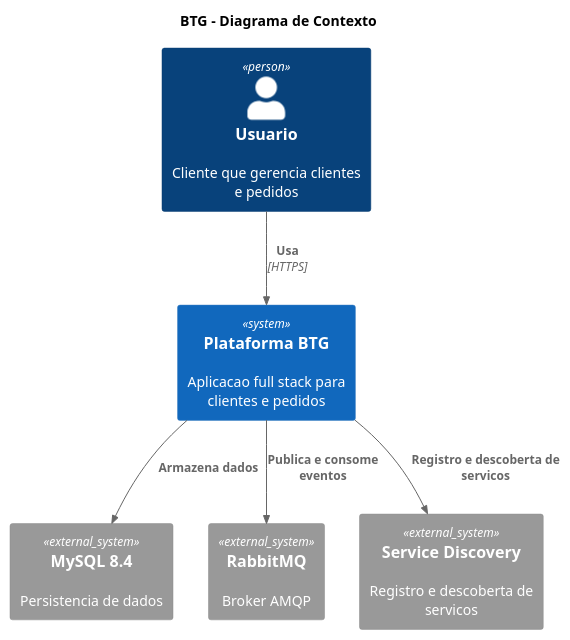
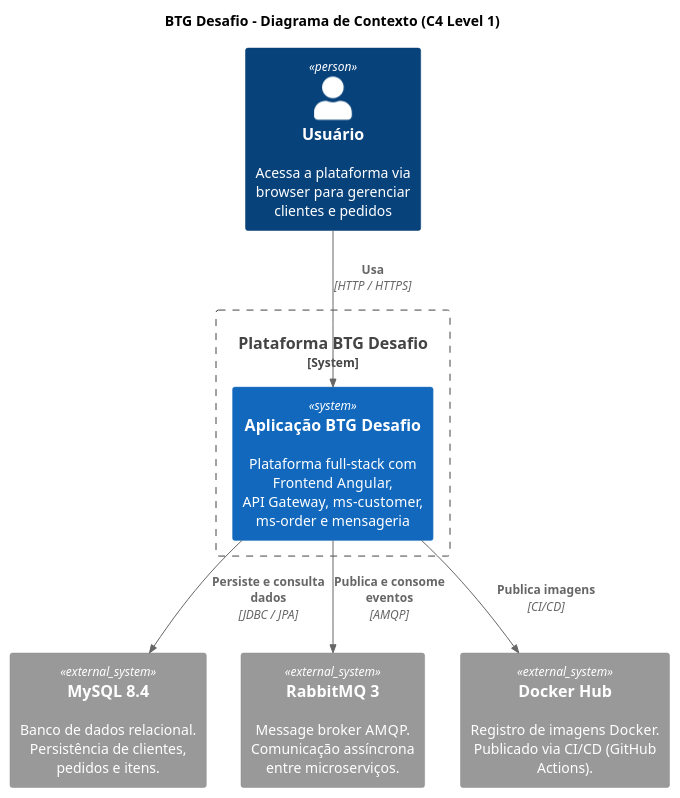
Before and after one commit to leoalmeida/desafioBTG: the diagram in docs/architecture/context-diagram.puml, drawn with PlantUML. The commit also changed 12 other files, not shown here.

```diff
--- a/docs/architecture/context-diagram.puml
+++ b/docs/architecture/context-diagram.puml
@@ -1,21 +1,22 @@
 @startuml context_diagram
 
 !include https://raw.githubusercontent.com/plantuml-stdlib/C4-PlantUML/master/C4_Context.puml
 
-title BTG - Diagrama de Contexto
+title BTG Desafio - Diagrama de Contexto (C4 Level 1)
 
-Person(user, "Usuario", "Cliente que gerencia clientes e pedidos")
+Person(user, "Usuário", "Acessa a plataforma via browser para gerenciar clientes e pedidos")
 
-System(system, "Plataforma BTG", "Aplicacao full stack para clientes e pedidos")
+System_Boundary(btg, "Plataforma BTG Desafio") {
+    System(system, "Aplicação BTG Desafio", "Plataforma full-stack com Frontend Angular,\nAPI Gateway, ms-customer, ms-order e mensageria")
+}
 
-System_Ext(mysql, "MySQL 8.4", "Persistencia de dados")
-System_Ext(rabbitmq, "RabbitMQ", "Broker AMQP")
-System_Ext(eureka, "Service Discovery", "Registro e descoberta de servicos")
+System_Ext(mysql, "MySQL 8.4", "Banco de dados relacional.\nPersistência de clientes, pedidos e itens.")
+System_Ext(rabbitmq, "RabbitMQ 3", "Message broker AMQP.\nComunicação assíncrona entre microserviços.")
+System_Ext(dockerhub, "Docker Hub", "Registro de imagens Docker.\nPublicado via CI/CD (GitHub Actions).")
 
-Rel(user, system, "Usa", "HTTPS")
-
-Rel(system, mysql, "Armazena dados")
-Rel(system, rabbitmq, "Publica e consome eventos")
-Rel(system, eureka, "Registro e descoberta de servicos")
+Rel(user, system, "Usa", "HTTP / HTTPS")
+Rel(system, mysql, "Persiste e consulta dados", "JDBC / JPA")
+Rel(system, rabbitmq, "Publica e consome eventos", "AMQP")
+Rel(system, dockerhub, "Publica imagens", "CI/CD")
 
 @enduml
```
